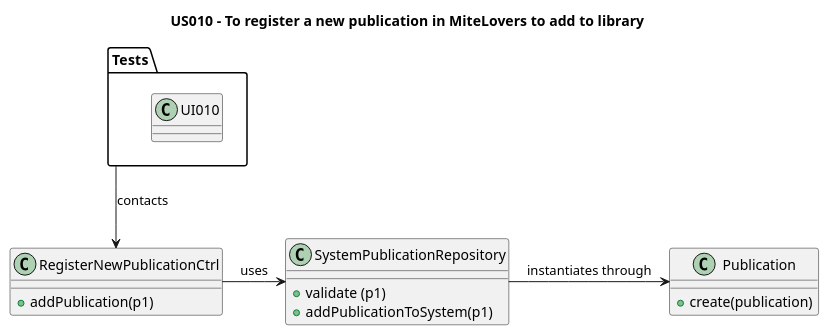
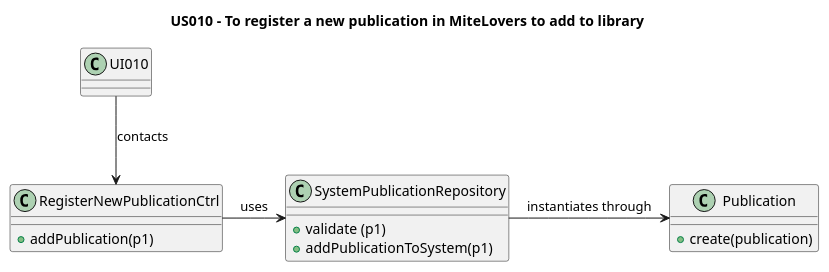
The diagram in Diagrams/ClassDiagrams/US010-to-register-a-publication-to-add-to-library.puml (AndrePereiraGitH/SWitCH-Project-Team_A), drawn with PlantUML before and after one commit. The commit also changed 7 other files, not shown here.

Commit message:
Working on #31, #32, #33 and #34. Corrected Diagrams and added N1 Diagrams (@inesgiesteira)

```diff
--- a/Diagrams/ClassDiagrams/US010-to-register-a-publication-to-add-to-library.puml
+++ b/Diagrams/ClassDiagrams/US010-to-register-a-publication-to-add-to-library.puml
@@ -1,29 +1,29 @@
 @startuml
 title US010 - To register a new publication in MiteLovers to add to library
 
-package "Tests" {
-class UI010{}
+
+class UI010 {
 }
 
 class RegisterNewPublicationCtrl {
 +addPublication(p1)
 }
 
 class SystemPublicationRepository{
 
 +validate (p1)
 +addPublicationToSystem(p1)
 }
 
 class Publication {
 +create(publication)
 }
 
 ' interactions
-Tests --> RegisterNewPublicationCtrl : contacts
+UI010 --> RegisterNewPublicationCtrl : contacts
 RegisterNewPublicationCtrl -> SystemPublicationRepository : uses
 SystemPublicationRepository -> Publication : instantiates through
 
 
 
 @enduml
```
